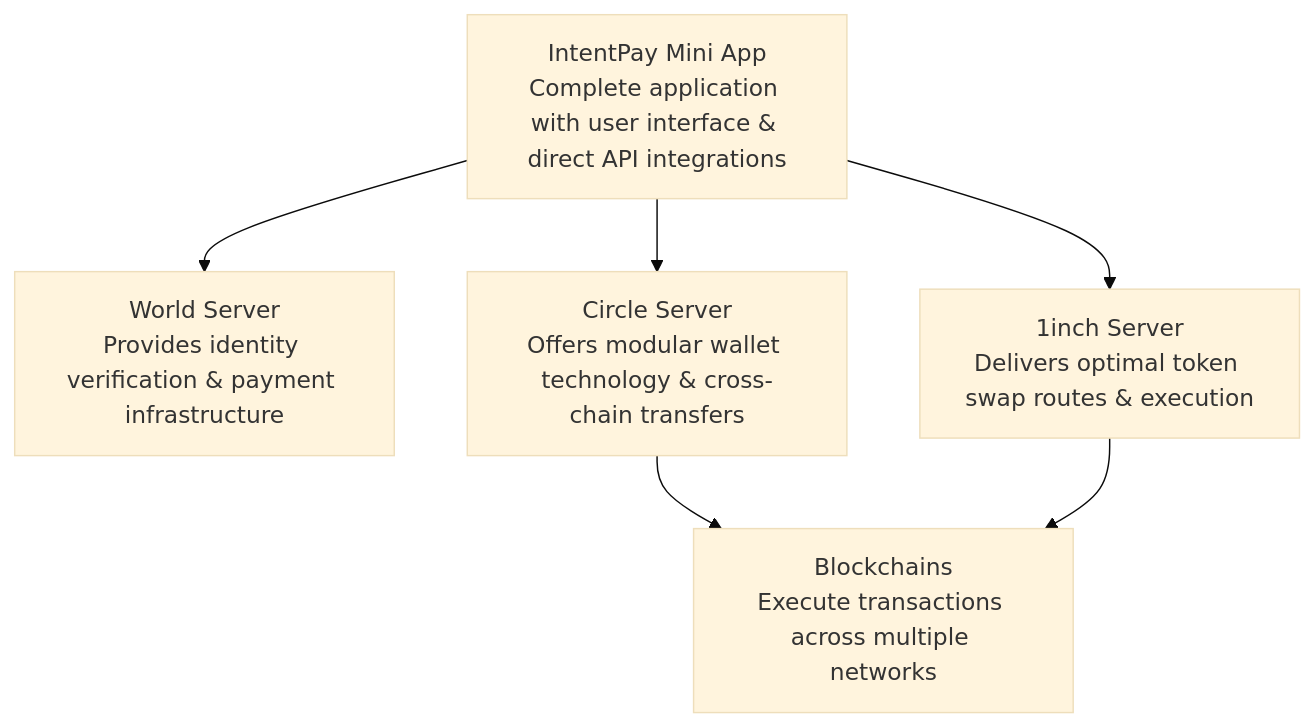
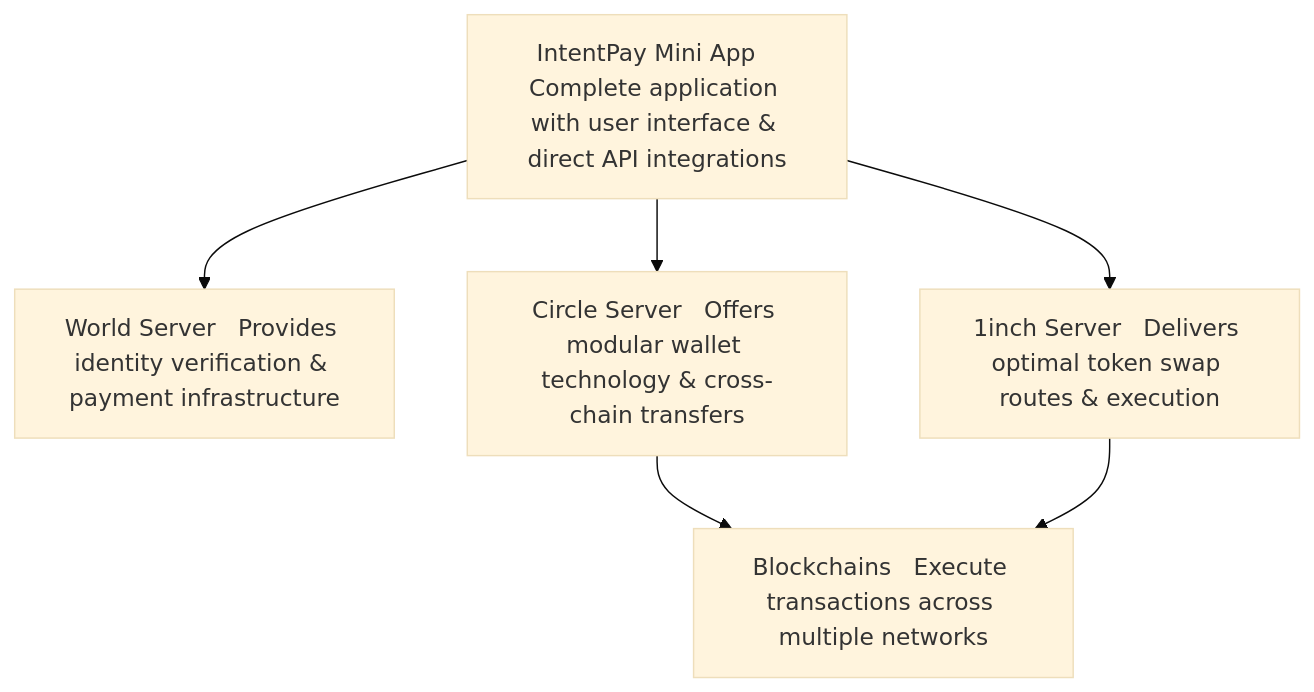
The diagram in readme.md (IntentPay/intent-pay), drawn with Mermaid (base theme) before and after one commit.

````diff
--- a/readme.md
+++ b/readme.md
@@ -71,15 +71,15 @@
 ```mermaid
 flowchart TD
-    IntentPay[IntentPay Mini App\nComplete application with user interface & direct API integrations]
+    IntentPay[IntentPay Mini App   Complete application with user interface & direct API integrations]
     
-    World[World Server\nProvides identity verification & payment infrastructure]
-    Circle[Circle Server\nOffers modular wallet technology & cross-chain transfers]
-    OneInch[1inch Server\nDelivers optimal token swap routes & execution]
-    Blockchain[Blockchains\nExecute transactions across multiple networks]
+    World[World Server   Provides identity verification & payment infrastructure]
+    Circle[Circle Server   Offers modular wallet technology & cross-chain transfers]
+    OneInch[1inch Server   Delivers optimal token swap routes & execution]
+    Blockchain[Blockchains   Execute transactions across multiple networks]
     
     IntentPay --> World
     IntentPay --> Circle
     IntentPay --> OneInch
     Circle --> Blockchain
     OneInch --> Blockchain
 ```
````
